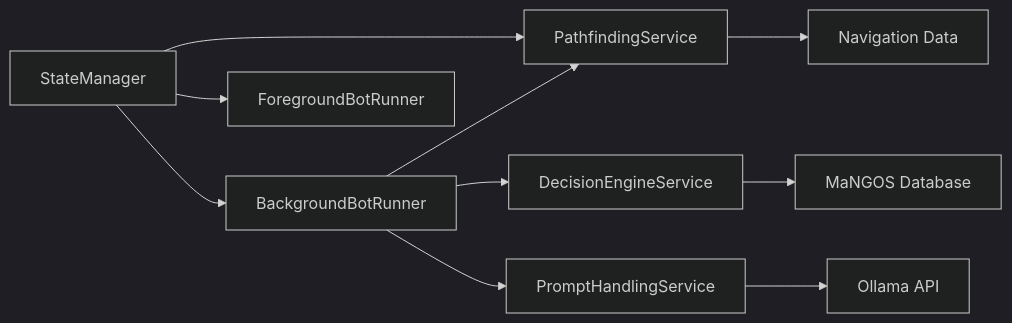
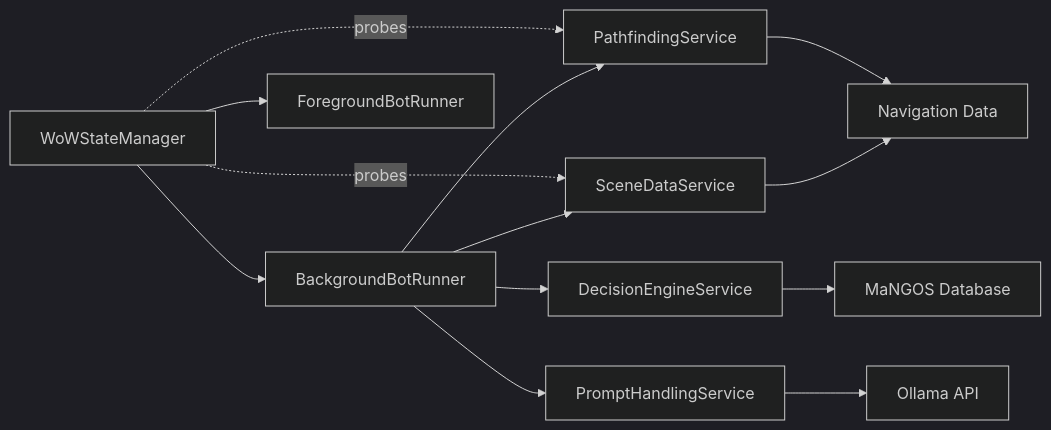
The second of 2 diagrams in Services/README.md (QiMata/BloogBot), drawn with Mermaid (dark theme) before and after one commit. The commit also changed other lines of this file and 308 other files, not shown here.

````diff
--- a/Services/README.md
+++ b/Services/README.md
@@ -135,14 +138,17 @@
 ```mermaid
 graph LR
-    A[StateManager] --> B[PathfindingService]
-    A --> C[BackgroundBotRunner]
-    A --> D[ForegroundBotRunner]
+    A[WoWStateManager] -. probes .-> B[PathfindingService]
+    A -. probes .-> C[SceneDataService]
+    A --> D[BackgroundBotRunner]
+    A --> E[ForegroundBotRunner]
     
-    C --> E[DecisionEngineService]
-    C --> F[PromptHandlingService]
-    C --> B
+    D --> F[DecisionEngineService]
+    D --> G[PromptHandlingService]
+    D --> B
+    D --> C
     
-    E --> G[MaNGOS Database]
-    F --> H[Ollama API]
-    B --> I[Navigation Data]
+    F --> H[MaNGOS Database]
+    G --> I[Ollama API]
+    B --> J[Navigation Data]
+    C --> J
 ```
````
